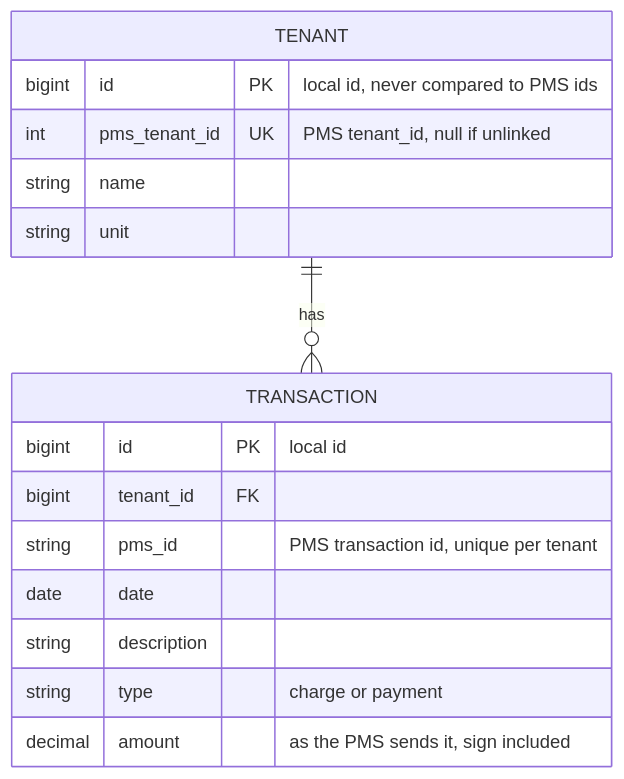
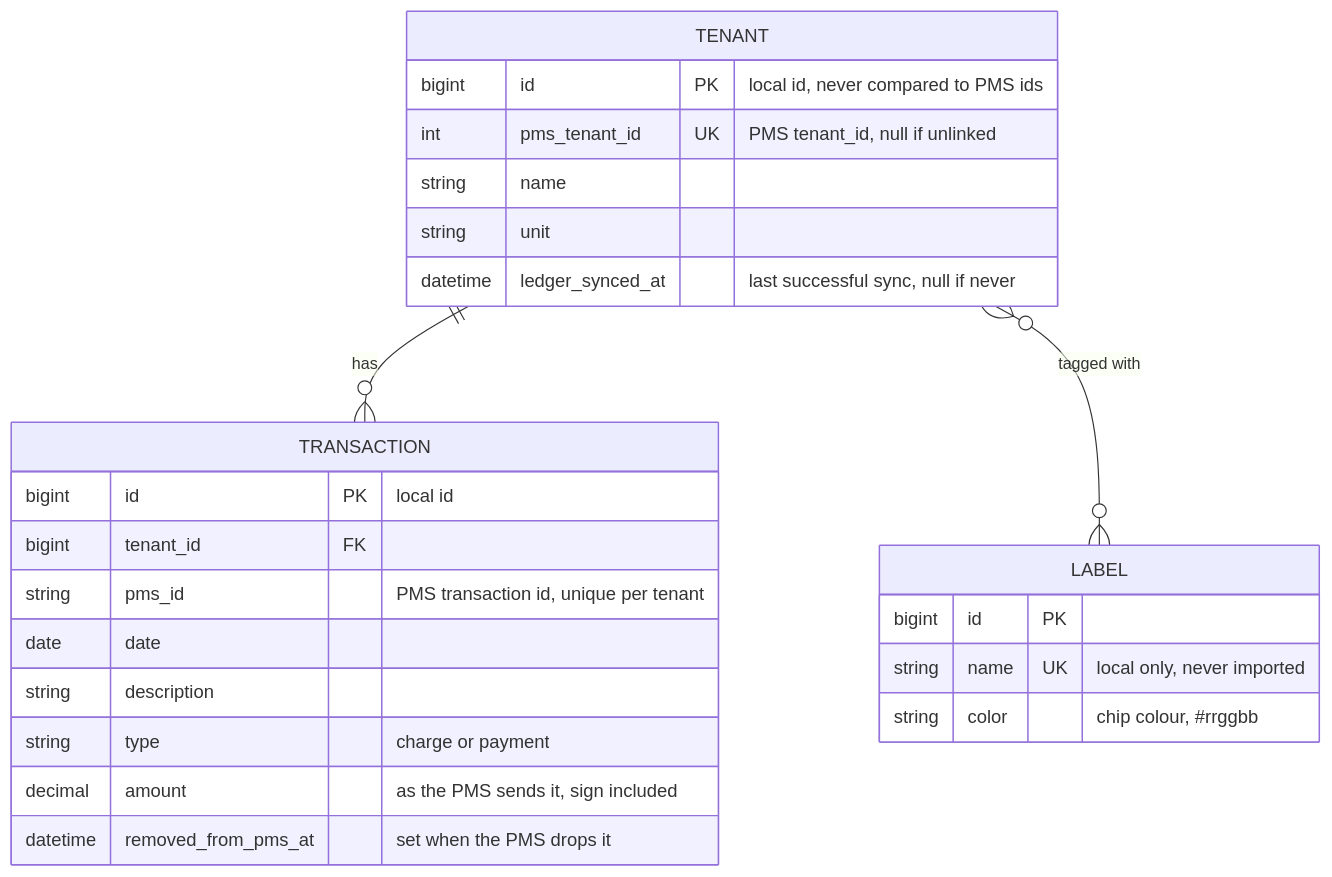
One commit to codybanksdev/rentable-code-challenge changed the third of 3 diagrams in docs/flow.md. Above: the diagram before and after it, drawn with Mermaid. The commit also changed other lines of this file and 41 other files, not shown here.

````diff
--- a/docs/flow.md
+++ b/docs/flow.md
@@ -79,19 +92,27 @@
 ```mermaid
 erDiagram
     TENANT ||--o{ TRANSACTION : has
+    TENANT }o--o{ LABEL : "tagged with"
     TENANT {
         bigint id PK "local id, never compared to PMS ids"
         int pms_tenant_id UK "PMS tenant_id, null if unlinked"
         string name
         string unit
+        datetime ledger_synced_at "last successful sync, null if never"
+    }
+    LABEL {
+        bigint id PK
+        string name UK "local only, never imported"
+        string color "chip colour, #rrggbb"
     }
     TRANSACTION {
         bigint id PK "local id"
         bigint tenant_id FK
         string pms_id "PMS transaction id, unique per tenant"
         date date
         string description
         string type "charge or payment"
         decimal amount "as the PMS sends it, sign included"
+        datetime removed_from_pms_at "set when the PMS drops it"
     }
 ```
````
